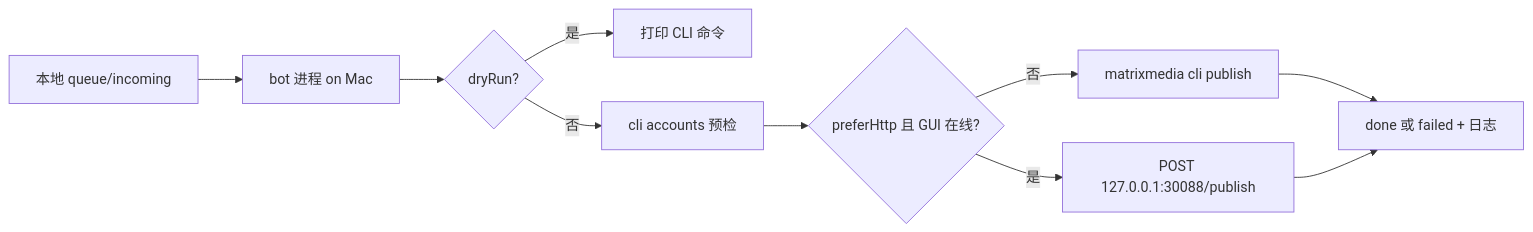
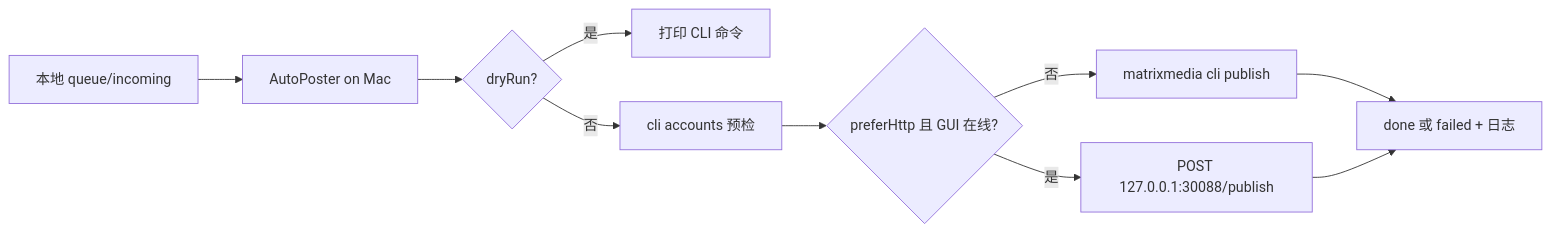
One commit to neufeng/MatrixMedia changed the diagram in bot/README.md. Above: the diagram before and after it, drawn with Mermaid. The commit also changed other lines of this file and 10 other files, not shown here.

First line of the commit message:
refactor(AutoPoster): 统一用户可见品牌为 AutoPoster

````diff
--- a/bot/README.md
+++ b/bot/README.md
@@ -164,12 +166,12 @@
 ```mermaid
 flowchart LR
-  A[本地 queue/incoming] --> B[bot 进程 on Mac]
+  A[本地 queue/incoming] --> B[AutoPoster on Mac]
   B --> C{dryRun?}
   C -->|是| D[打印 CLI 命令]
   C -->|否| E[cli accounts 预检]
   E --> F{preferHttp 且 GUI 在线?}
   F -->|是| G[POST 127.0.0.1:30088/publish]
   F -->|否| H[matrixmedia cli publish]
   H --> I[done 或 failed + 日志]
   G --> I
 ```
````
